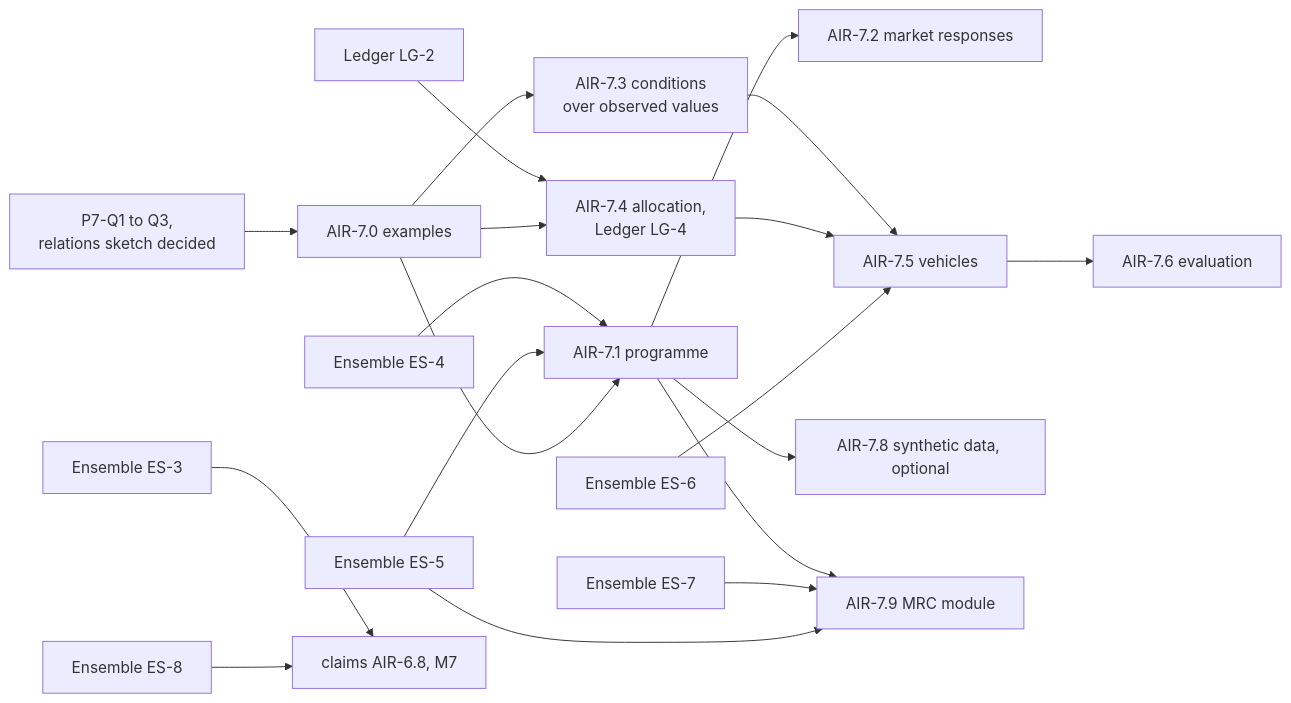
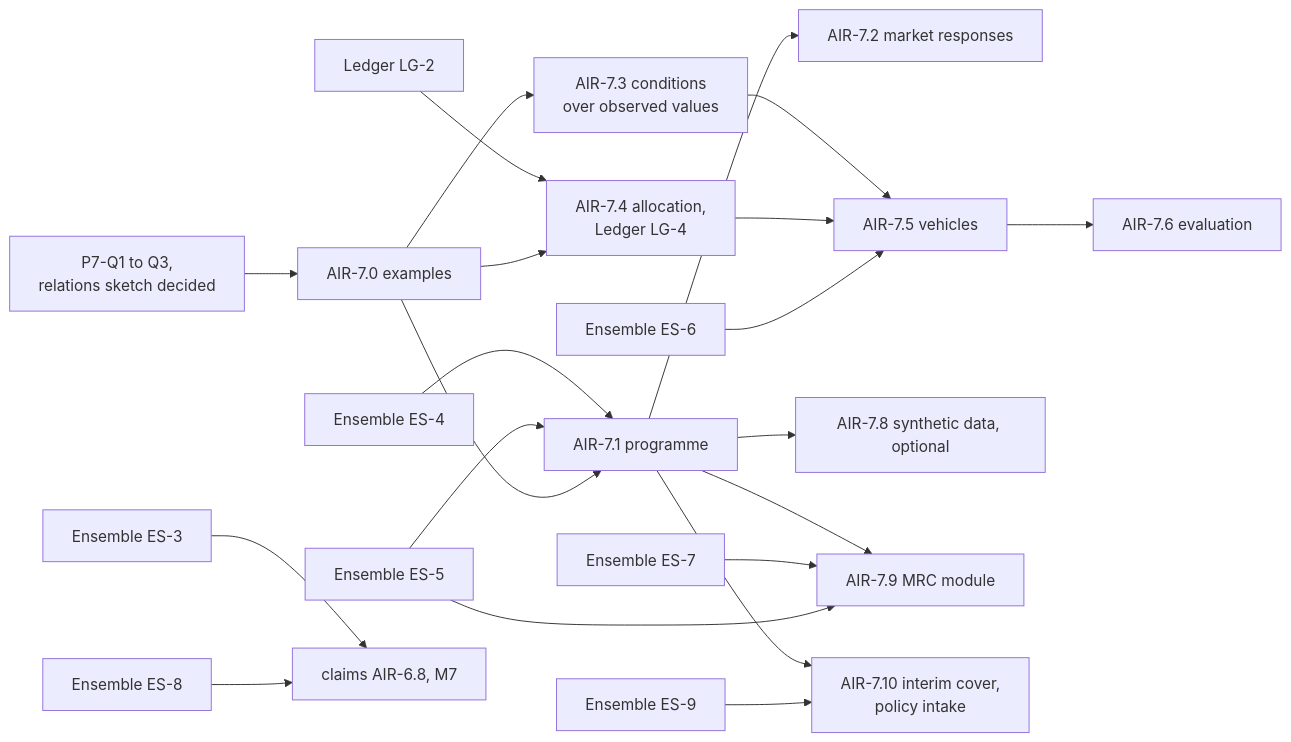
Before and after one commit to nebularis/lattice: the diagram in docs/developer/plans/applied-insurance-reference-phase-7.md, drawn with Mermaid. The commit also changed other lines of this file and 15 other files, not shown here.

````diff
--- a/docs/developer/plans/applied-insurance-reference-phase-7.md
+++ b/docs/developer/plans/applied-insurance-reference-phase-7.md
@@ -68,20 +69,22 @@
 ```mermaid
 flowchart LR
   Q["P7-Q1 to Q3,<br/>relations sketch decided"] --> A0["AIR-7.0 examples"]
   ENS4["Ensemble ES-4"] --> A1["AIR-7.1 programme"]
   ENS5["Ensemble ES-5"] --> A1
   LG2["Ledger LG-2"] --> A4
   A0 --> A1 --> A2["AIR-7.2 market responses"]
   A0 --> A3["AIR-7.3 conditions<br/>over observed values"]
   A0 --> A4["AIR-7.4 allocation,<br/>Ledger LG-4"]
   A3 --> A5["AIR-7.5 vehicles"]
   A4 --> A5
   ENS6["Ensemble ES-6"] --> A5
   A5 --> A6["AIR-7.6 evaluation"]
   A1 --> A8["AIR-7.8 synthetic data, optional"]
   A1 --> A9["AIR-7.9 MRC module"]
+  A1 --> A10["AIR-7.10 interim cover,<br/>policy intake"]
+  ENS9["Ensemble ES-9"] --> A10
   ENS7["Ensemble ES-7"] --> A9
   ENS3["Ensemble ES-3"] --> C68["claims AIR-6.8, M7"]
   ENS8["Ensemble ES-8"] --> C68
   ENS5 --> A9
 ```
````
